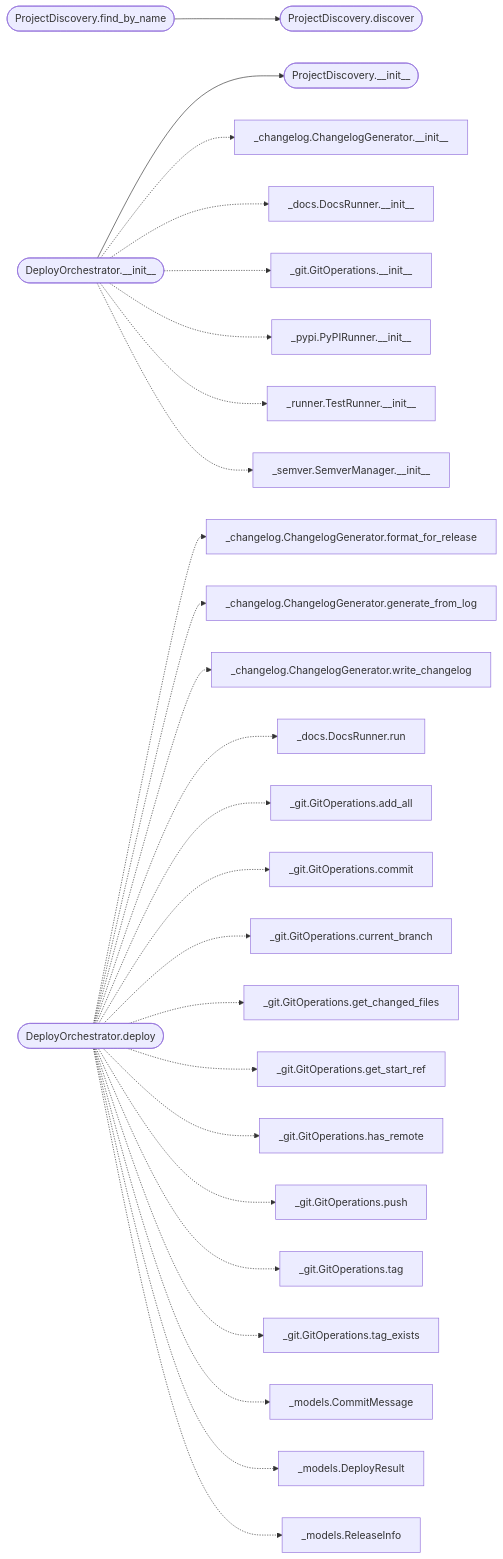
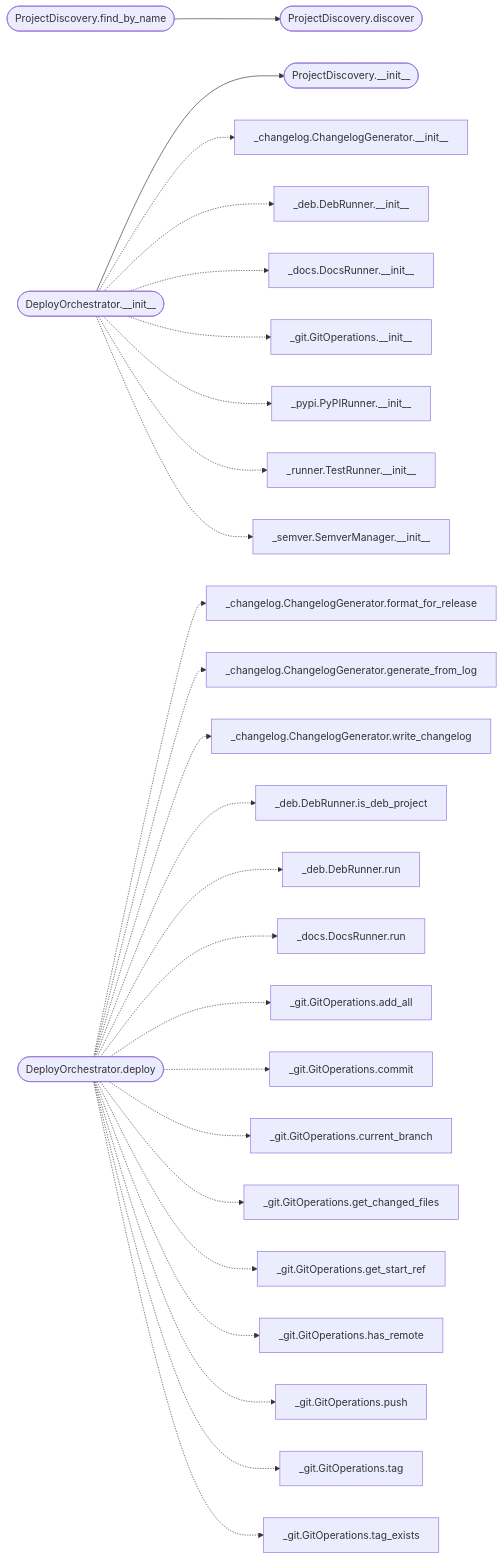
One commit to grisuno/deploynator changed the second of 2 diagrams in readmenator-apidocs/modules/deploynator._deploy.py.md. Above: the diagram before and after it, drawn with Mermaid. The commit also changed other lines of this file and 120 other files, not shown here.

First line of the commit message:
test(module): testing makeing automated deb package with deploy

````diff
--- a/readmenator-apidocs/modules/deploynator._deploy.py.md
+++ b/readmenator-apidocs/modules/deploynator._deploy.py.md
@@ -31,54 +31,54 @@
 ```mermaid
 flowchart LR
     n_deploynator__deploy_py__ProjectDiscovery_find_by_name(["ProjectDiscovery.find_by_name"])
     n_deploynator__deploy_py__ProjectDiscovery_discover(["ProjectDiscovery.discover"])
     n_deploynator__deploy_py__DeployOrchestrator___init__(["DeployOrchestrator.__init__"])
     n_deploynator__deploy_py__ProjectDiscovery___init__(["ProjectDiscovery.__init__"])
     n_deploynator__changelog_py__ChangelogGenerator___init__["_changelog.ChangelogGenerator.__init__"]
+    n_deploynator__deb_py__DebRunner___init__["_deb.DebRunner.__init__"]
     n_deploynator__docs_py__DocsRunner___init__["_docs.DocsRunner.__init__"]
     n_deploynator__git_py__GitOperations___init__["_git.GitOperations.__init__"]
     n_deploynator__pypi_py__PyPIRunner___init__["_pypi.PyPIRunner.__init__"]
     n_deploynator__runner_py__TestRunner___init__["_runner.TestRunner.__init__"]
     n_deploynator__semver_py__SemverManager___init__["_semver.SemverManager.__init__"]
     n_deploynator__deploy_py__DeployOrchestrator_deploy(["DeployOrchestrator.deploy"])
     n_deploynator__changelog_py__ChangelogGenerator_format_for_release["_changelog.ChangelogGenerator.format_for_release"]
     n_deploynator__changelog_py__ChangelogGenerator_generate_from_log["_changelog.ChangelogGenerator.generate_from_log"]
     n_deploynator__changelog_py__ChangelogGenerator_write_changelog["_changelog.ChangelogGenerator.write_changelog"]
+    n_deploynator__deb_py__DebRunner_is_deb_project["_deb.DebRunner.is_deb_project"]
+    n_deploynator__deb_py__DebRunner_run["_deb.DebRunner.run"]
     n_deploynator__docs_py__DocsRunner_run["_docs.DocsRunner.run"]
     n_deploynator__git_py__GitOperations_add_all["_git.GitOperations.add_all"]
     n_deploynator__git_py__GitOperations_commit["_git.GitOperations.commit"]
     n_deploynator__git_py__GitOperations_current_branch["_git.GitOperations.current_branch"]
     n_deploynator__git_py__GitOperations_get_changed_files["_git.GitOperations.get_changed_files"]
     n_deploynator__git_py__GitOperations_get_start_ref["_git.GitOperations.get_start_ref"]
     n_deploynator__git_py__GitOperations_has_remote["_git.GitOperations.has_remote"]
     n_deploynator__git_py__GitOperations_push["_git.GitOperations.push"]
     n_deploynator__git_py__GitOperations_tag["_git.GitOperations.tag"]
     n_deploynator__git_py__GitOperations_tag_exists["_git.GitOperations.tag_exists"]
-    n_deploynator__models_py__CommitMessage["_models.CommitMessage"]
-    n_deploynator__models_py__DeployResult["_models.DeployResult"]
-    n_deploynator__models_py__ReleaseInfo["_models.ReleaseInfo"]
     n_deploynator__deploy_py__ProjectDiscovery_find_by_name --> n_deploynator__deploy_py__ProjectDiscovery_discover
     n_deploynator__deploy_py__DeployOrchestrator___init__ --> n_deploynator__deploy_py__ProjectDiscovery___init__
     n_deploynator__deploy_py__DeployOrchestrator___init__ -.-> n_deploynator__changelog_py__ChangelogGenerator___init__
+    n_deploynator__deploy_py__DeployOrchestrator___init__ -.-> n_deploynator__deb_py__DebRunner___init__
     n_deploynator__deploy_py__DeployOrchestrator___init__ -.-> n_deploynator__docs_py__DocsRunner___init__
     n_deploynator__deploy_py__DeployOrchestrator___init__ -.-> n_deploynator__git_py__GitOperations___init__
     n_deploynator__deploy_py__DeployOrchestrator___init__ -.-> n_deploynator__pypi_py__PyPIRunner___init__
     n_deploynator__deploy_py__DeployOrchestrator___init__ -.-> n_deploynator__runner_py__TestRunner___init__
     n_deploynator__deploy_py__DeployOrchestrator___init__ -.-> n_deploynator__semver_py__SemverManager___init__
     n_deploynator__deploy_py__DeployOrchestrator_deploy -.-> n_deploynator__changelog_py__ChangelogGenerator_format_for_release
     n_deploynator__deploy_py__DeployOrchestrator_deploy -.-> n_deploynator__changelog_py__ChangelogGenerator_generate_from_log
     n_deploynator__deploy_py__DeployOrchestrator_deploy -.-> n_deploynator__changelog_py__ChangelogGenerator_write_changelog
+    n_deploynator__deploy_py__DeployOrchestrator_deploy -.-> n_deploynator__deb_py__DebRunner_is_deb_project
+    n_deploynator__deploy_py__DeployOrchestrator_deploy -.-> n_deploynator__deb_py__DebRunner_run
     n_deploynator__deploy_py__DeployOrchestrator_deploy -.-> n_deploynator__docs_py__DocsRunner_run
     n_deploynator__deploy_py__DeployOrchestrator_deploy -.-> n_deploynator__git_py__GitOperations_add_all
     n_deploynator__deploy_py__DeployOrchestrator_deploy -.-> n_deploynator__git_py__GitOperations_commit
     n_deploynator__deploy_py__DeployOrchestrator_deploy -.-> n_deploynator__git_py__GitOperations_current_branch
     n_deploynator__deploy_py__DeployOrchestrator_deploy -.-> n_deploynator__git_py__GitOperations_get_changed_files
     n_deploynator__deploy_py__DeployOrchestrator_deploy -.-> n_deploynator__git_py__GitOperations_get_start_ref
     n_deploynator__deploy_py__DeployOrchestrator_deploy -.-> n_deploynator__git_py__GitOperations_has_remote
     n_deploynator__deploy_py__DeployOrchestrator_deploy -.-> n_deploynator__git_py__GitOperations_push
     n_deploynator__deploy_py__DeployOrchestrator_deploy -.-> n_deploynator__git_py__GitOperations_tag
     n_deploynator__deploy_py__DeployOrchestrator_deploy -.-> n_deploynator__git_py__GitOperations_tag_exists
-    n_deploynator__deploy_py__DeployOrchestrator_deploy -.-> n_deploynator__models_py__CommitMessage
-    n_deploynator__deploy_py__DeployOrchestrator_deploy -.-> n_deploynator__models_py__DeployResult
-    n_deploynator__deploy_py__DeployOrchestrator_deploy -.-> n_deploynator__models_py__ReleaseInfo
 ```
````
